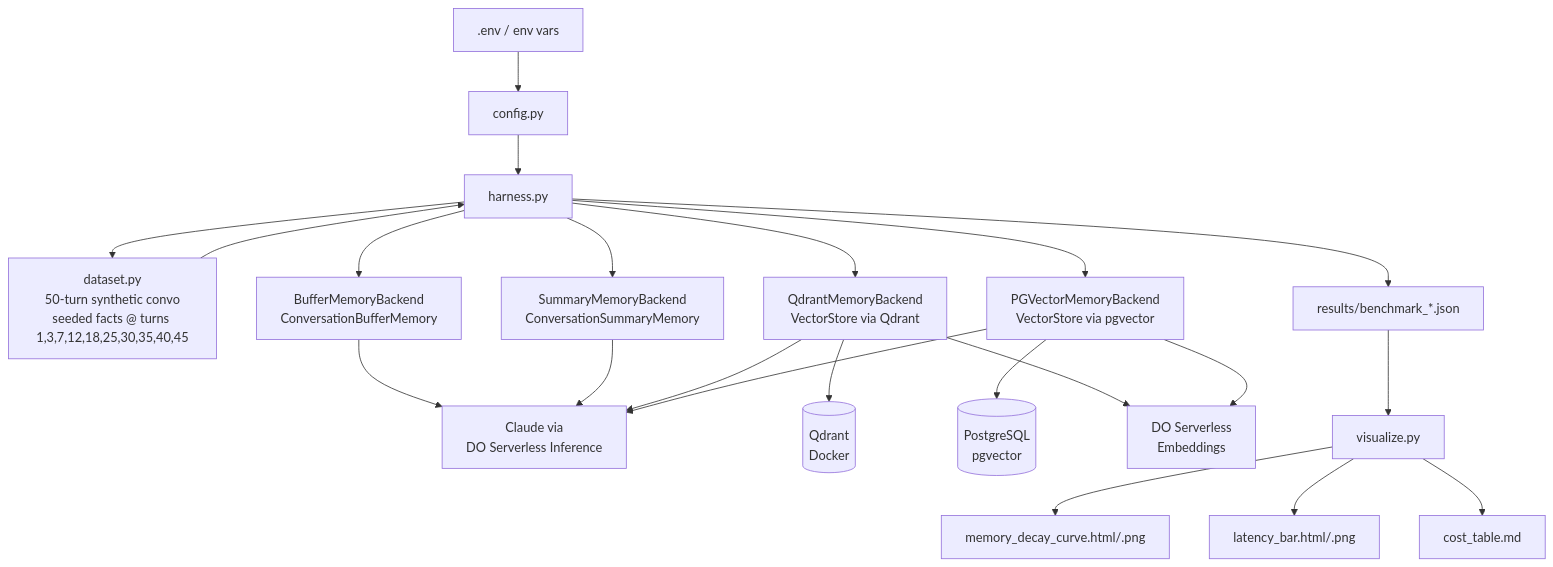
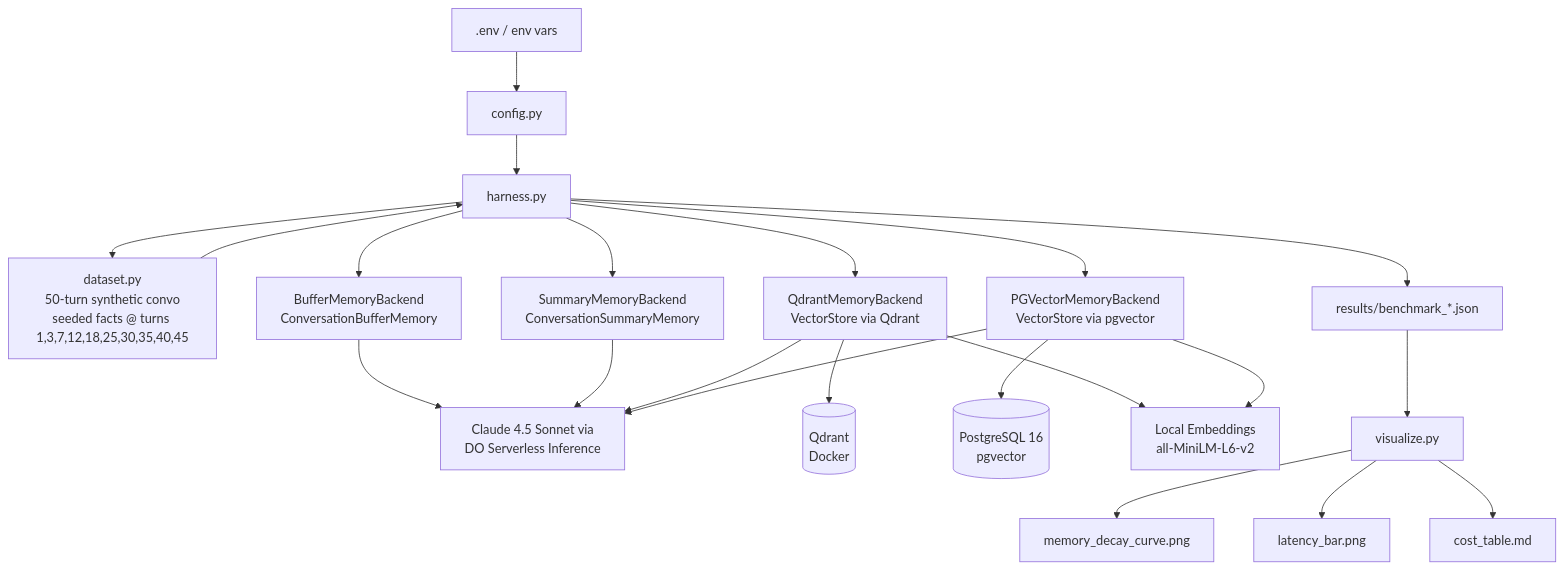
The diagram in README.md (bnarasimha21/agent-memory-showdown), drawn with Mermaid before and after one commit. The commit also changed other lines of this file, not shown here.

````diff
--- a/README.md
+++ b/README.md
@@ -9,22 +20,22 @@
 ```mermaid
 flowchart TD
     E[".env / env vars"] --> C[config.py]
     C --> HN[harness.py]
     HN --> DS[dataset.py\n50-turn synthetic convo\nseeded facts @ turns 1,3,7,12,18,25,30,35,40,45]
     DS --> HN
     HN --> B1[BufferMemoryBackend\nConversationBufferMemory]
     HN --> B2[SummaryMemoryBackend\nConversationSummaryMemory]
     HN --> B3[QdrantMemoryBackend\nVectorStore via Qdrant]
     HN --> B4[PGVectorMemoryBackend\nVectorStore via pgvector]
-    B1 & B2 --> LLM[Claude via\nDO Serverless Inference]
+    B1 & B2 --> LLM[Claude 4.5 Sonnet via\nDO Serverless Inference]
     B3 --> LLM
     B3 --> QD[(Qdrant\nDocker)]
     B4 --> LLM
-    B4 --> PG[(PostgreSQL\npgvector)]
-    B3 & B4 --> EMB[DO Serverless\nEmbeddings]
+    B4 --> PG[(PostgreSQL 16\npgvector)]
+    B3 & B4 --> EMB[Local Embeddings\nall-MiniLM-L6-v2]
     HN --> RS[results/benchmark_*.json]
     RS --> VIZ[visualize.py]
-    VIZ --> C1[memory_decay_curve.html/.png]
-    VIZ --> C2[latency_bar.html/.png]
+    VIZ --> C1[memory_decay_curve.png]
+    VIZ --> C2[latency_bar.png]
     VIZ --> C3[cost_table.md]
 ```
````
